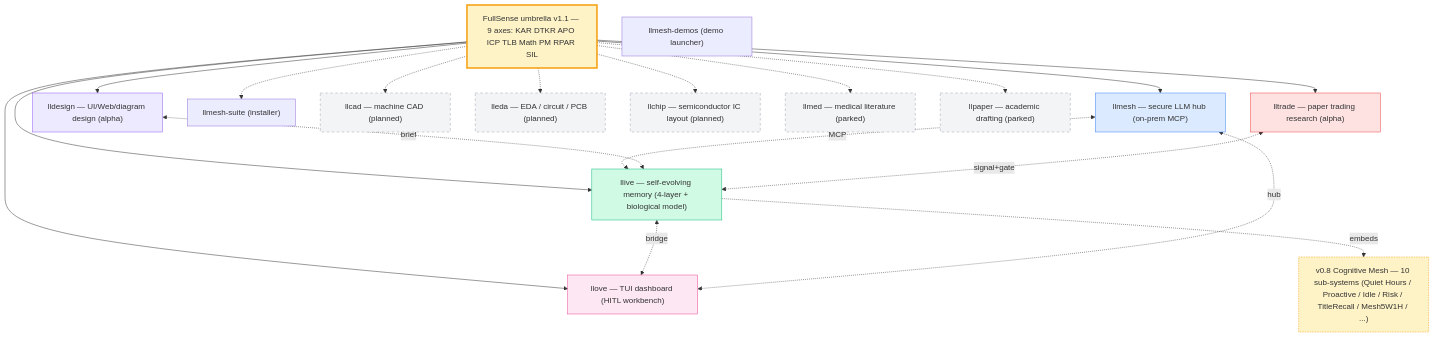
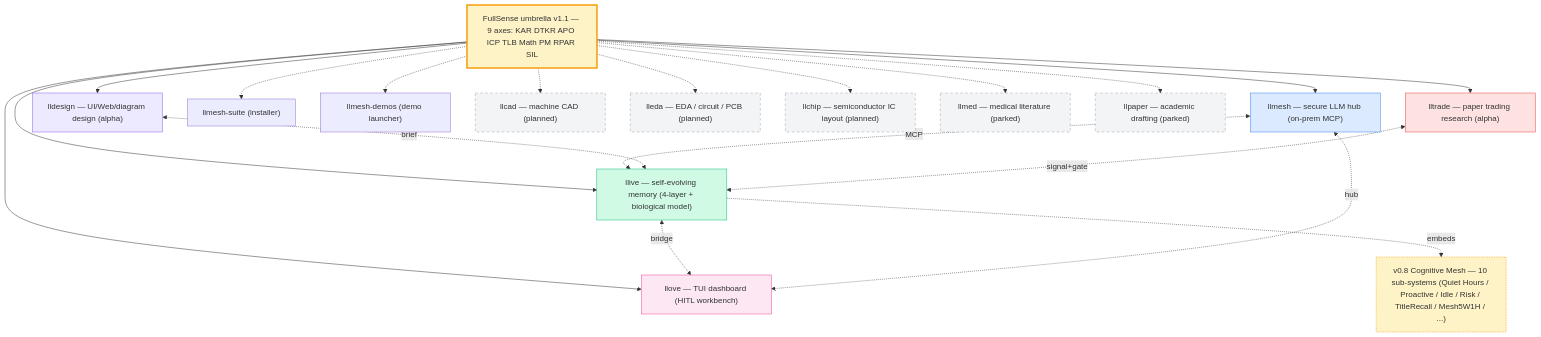
The diagram in docs/index.md (furuse-kazufumi/fullsense), drawn with Mermaid before and after one commit.

Commit message:
docs(portal): llmesh-suite / llmesh-demos を Family Tree + Live マトリクスに追加
- index.md Family Tree mermaid に llmesh-demos node 追加 (suite は既登録)
- index.md Live マトリクスに llmesh-demos 行追加
- roadmap.md Live マトリクスに llmesh-suite (stable) + llmesh-demos (alpha) 追加
- roadmap.md 依存グラフに installer/launcher → 3 製品の破線追加

両 README が "Part of the FullSense ™ family" を自己宣言済 (drift 解消).

verify_publication.sh: ALL CHECKS PASSED 継続維持.

````diff
--- a/docs/index.md
+++ b/docs/index.md
@@ -17,46 +17,47 @@
 ```mermaid
 flowchart TD
     F["FullSense umbrella v1.1 — 9 axes: KAR DTKR APO ICP TLB Math PM RPAR SIL"]
     LM["llmesh — secure LLM hub (on-prem MCP)"]
     LI["llive — self-evolving memory (4-layer + biological model)"]
     LO["llove — TUI dashboard (HITL workbench)"]
     LD["lldesign — UI/Web/diagram design (alpha)"]
     LT["lltrade — paper trading research (alpha)"]
     LMS["llmesh-suite (installer)"]
     LMD["llmesh-demos (demo launcher)"]
     LCAD["llcad — machine CAD (planned)"]
     LEDA["lleda — EDA / circuit / PCB (planned)"]
     LCHIP["llchip — semiconductor IC layout (planned)"]
     LMED["llmed — medical literature (parked)"]
     LPAPER["llpaper — academic drafting (parked)"]
     F --> LM
     F --> LI
     F --> LO
     F --> LD
     F --> LT
     F -.-> LMS
+    F -.-> LMD
     F -.-> LCAD
     F -.-> LEDA
     F -.-> LCHIP
     F -.-> LMED
     F -.-> LPAPER
     LM <-. MCP .-> LI
     LI <-. bridge .-> LO
     LM <-. hub .-> LO
     LD <-. brief .-> LI
     LT <-. signal+gate .-> LI
     CM["v0.8 Cognitive Mesh — 10 sub-systems (Quiet Hours / Proactive / Idle / Risk / TitleRecall / Mesh5W1H / ...)"]
     LI -. embeds .-> CM
     style F fill:#fef3c7,stroke:#f59e0b,stroke-width:3px
     style LI fill:#d1fae5,stroke:#10b981
     style LM fill:#dbeafe,stroke:#3b82f6
     style LO fill:#fce7f3,stroke:#ec4899
     style LD fill:#ede9fe,stroke:#8b5cf6
     style LT fill:#fee2e2,stroke:#ef4444
     style CM fill:#fef3c7,stroke:#f59e0b,stroke-dasharray:3 2
     style LCAD fill:#f3f4f6,stroke:#9ca3af,stroke-dasharray:5 5
     style LEDA fill:#f3f4f6,stroke:#9ca3af,stroke-dasharray:5 5
     style LCHIP fill:#f3f4f6,stroke:#9ca3af,stroke-dasharray:5 5
     style LMED fill:#f3f4f6,stroke:#9ca3af,stroke-dasharray:5 5
     style LPAPER fill:#f3f4f6,stroke:#9ca3af,stroke-dasharray:5 5
 ```
````
